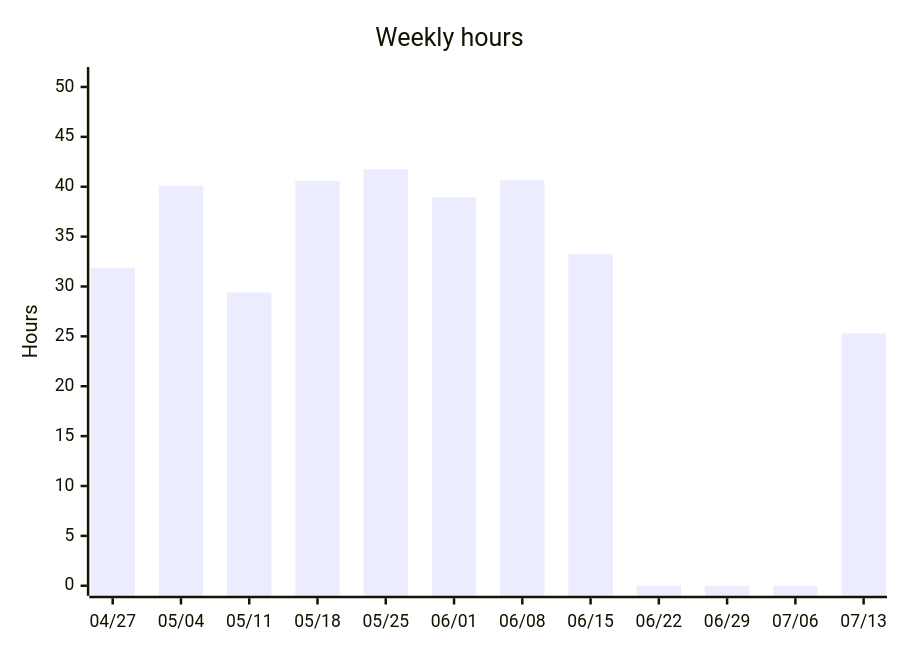
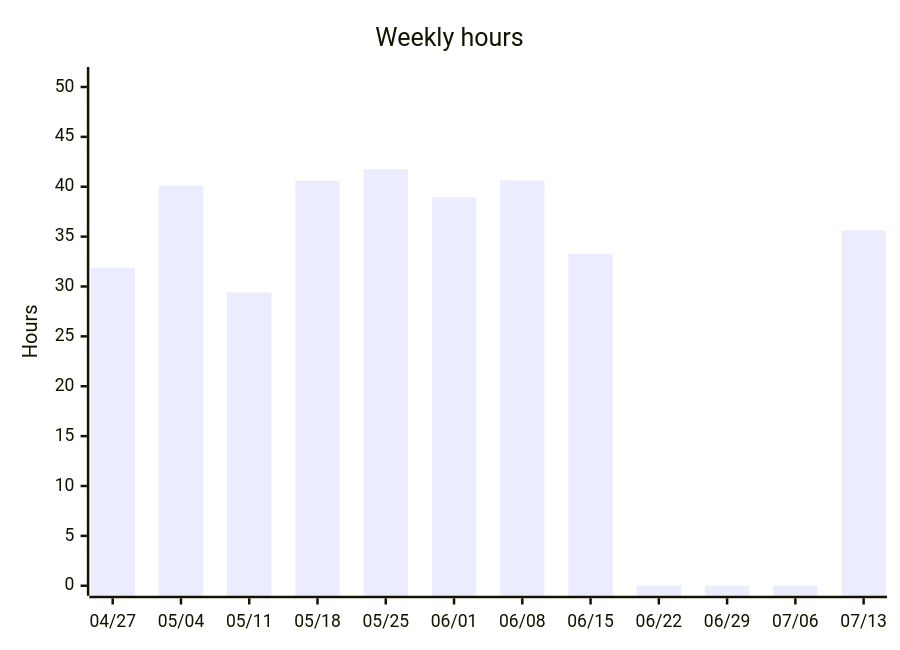
The third of 5 diagrams in README.org (albinforsberg-netizen/timeclock), drawn with Mermaid before and after one commit. The commit also changed other lines of this file, not shown here.

```diff
--- a/README.org
+++ b/README.org
@@ -103,7 +104,7 @@
 #+begin_src mermaid
 xychart-beta
     title "Weekly hours"
     x-axis ["04/27", "05/04", "05/11", "05/18", "05/25", "06/01", "06/08", "06/15", "06/22", "06/29", "07/06", "07/13"]
     y-axis "Hours" 0 --> 51
-    bar [31.88, 40.10, 29.40, 40.60, 41.76, 38.93, 40.65, 33.27, 0.00, 0.00, 0.00, 25.30]
+    bar [31.88, 40.10, 29.40, 40.60, 41.76, 38.93, 40.65, 33.27, 0.00, 0.00, 0.00, 35.62]
 #+end_src
```
